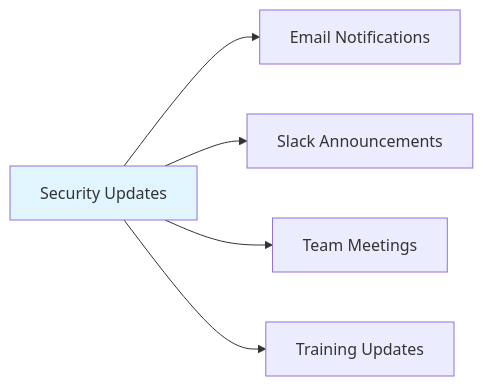
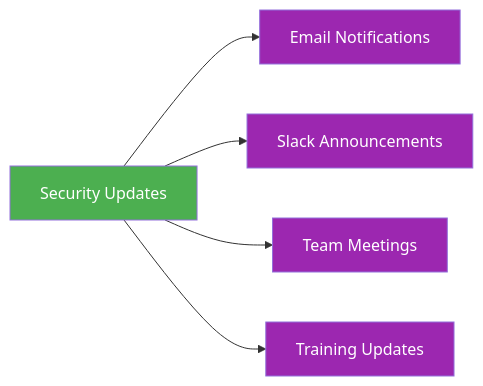
One commit to ultralytics/handbook changed the second of 2 diagrams in docs/en/security/employee-security-compliance-requirements.md. Above: the diagram before and after it, drawn with Mermaid. The commit also changed 16 other files, not shown here.

Commit message:
Standardize Mermaid diagram colors (#302)

````diff
--- a/docs/en/security/employee-security-compliance-requirements.md
+++ b/docs/en/security/employee-security-compliance-requirements.md
@@ -137,9 +137,10 @@
 ```mermaid
 graph LR
-    A[Security Updates] --> B[Email Notifications]
-    A --> C[Slack Announcements]
-    A --> D[Team Meetings]
-    A --> E[Training Updates]
+    A[Security Updates]:::start --> B[Email Notifications]:::out
+    A --> C[Slack Announcements]:::out
+    A --> D[Team Meetings]:::out
+    A --> E[Training Updates]:::out
 
-    style A fill:#e1f5ff
+    classDef start fill:#4CAF50,color:#fff
+    classDef out fill:#9C27B0,color:#fff
 ```
````
